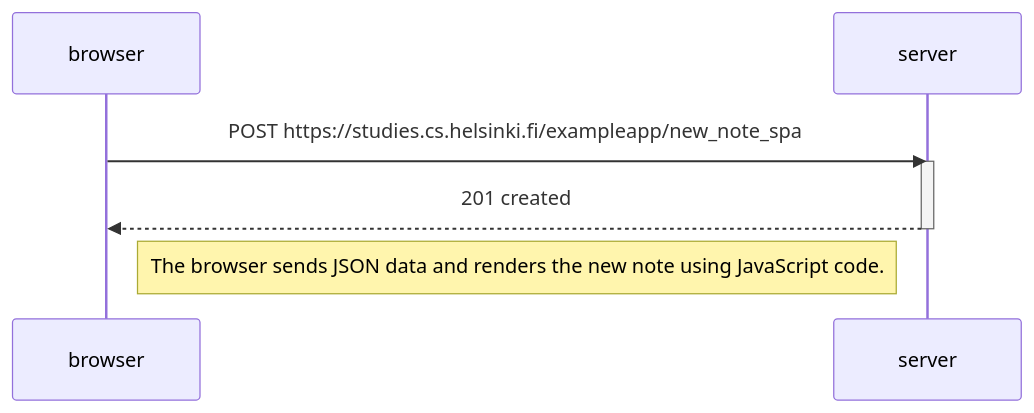
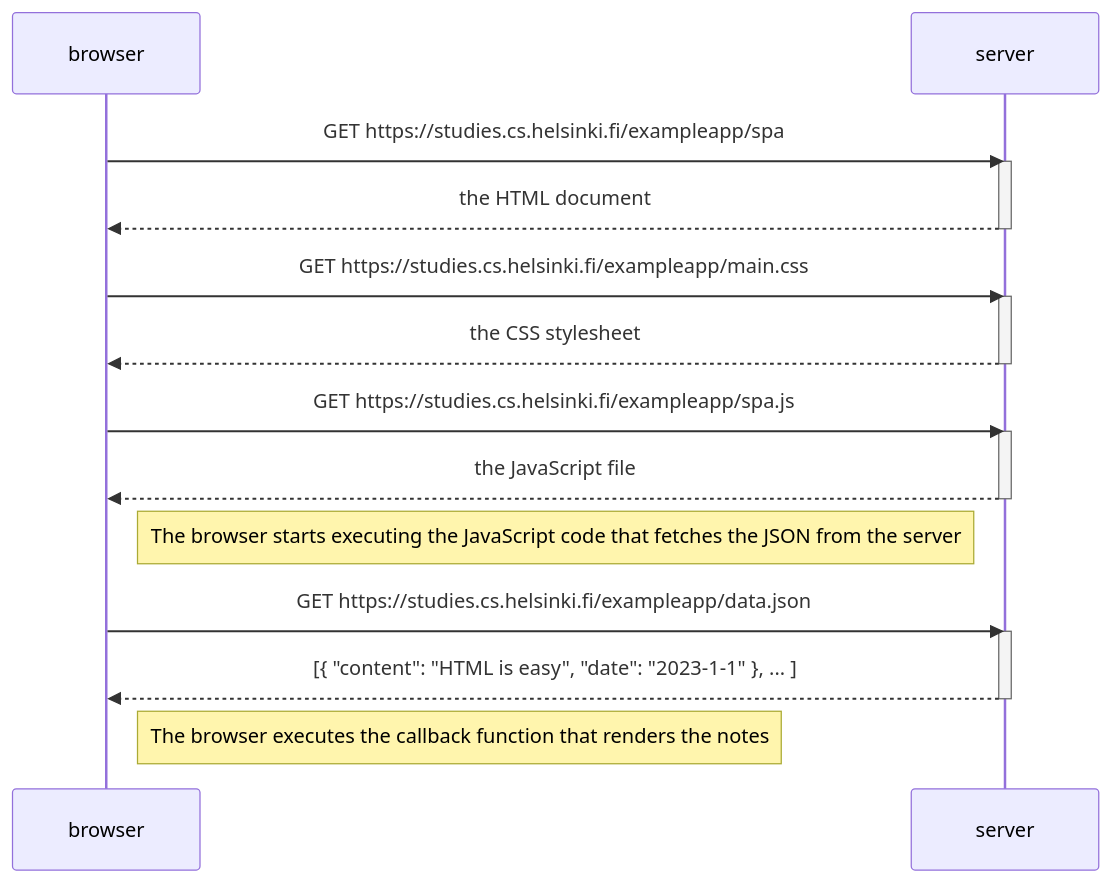
The diagram in part0/ex05.md (eloidieme/fullstack-open-parts-0-1-2), drawn with Mermaid before and after one commit. The commit also changed 1 other file, not shown here.

Commit message:
exercises

````diff
--- a/part0/ex05.md
+++ b/part0/ex05.md
@@ -1,12 +1,29 @@
 ```mermaid
 sequenceDiagram
     participant browser
     participant server
 
-    browser->>server: POST https://studies.cs.helsinki.fi/exampleapp/new_note_spa
+    browser->>server: GET https://studies.cs.helsinki.fi/exampleapp/spa
     activate server
-    server-->>browser: 201 created
+    server-->>browser: the HTML document
     deactivate server
 
-    Note right of browser: The browser sends JSON data and renders the new note using JavaScript code.
+    browser->>server: GET https://studies.cs.helsinki.fi/exampleapp/main.css
+    activate server
+    server-->>browser: the CSS stylesheet
+    deactivate server
+
+    browser->>server: GET https://studies.cs.helsinki.fi/exampleapp/spa.js
+    activate server
+    server-->>browser: the JavaScript file
+    deactivate server
+
+    Note right of browser: The browser starts executing the JavaScript code that fetches the JSON from the server
+
+    browser->>server: GET https://studies.cs.helsinki.fi/exampleapp/data.json
+    activate server
+    server-->>browser: [{ "content": "HTML is easy", "date": "2023-1-1" }, ... ]
+    deactivate server
+
+    Note right of browser: The browser executes the callback function that renders the notes
 ```
````
